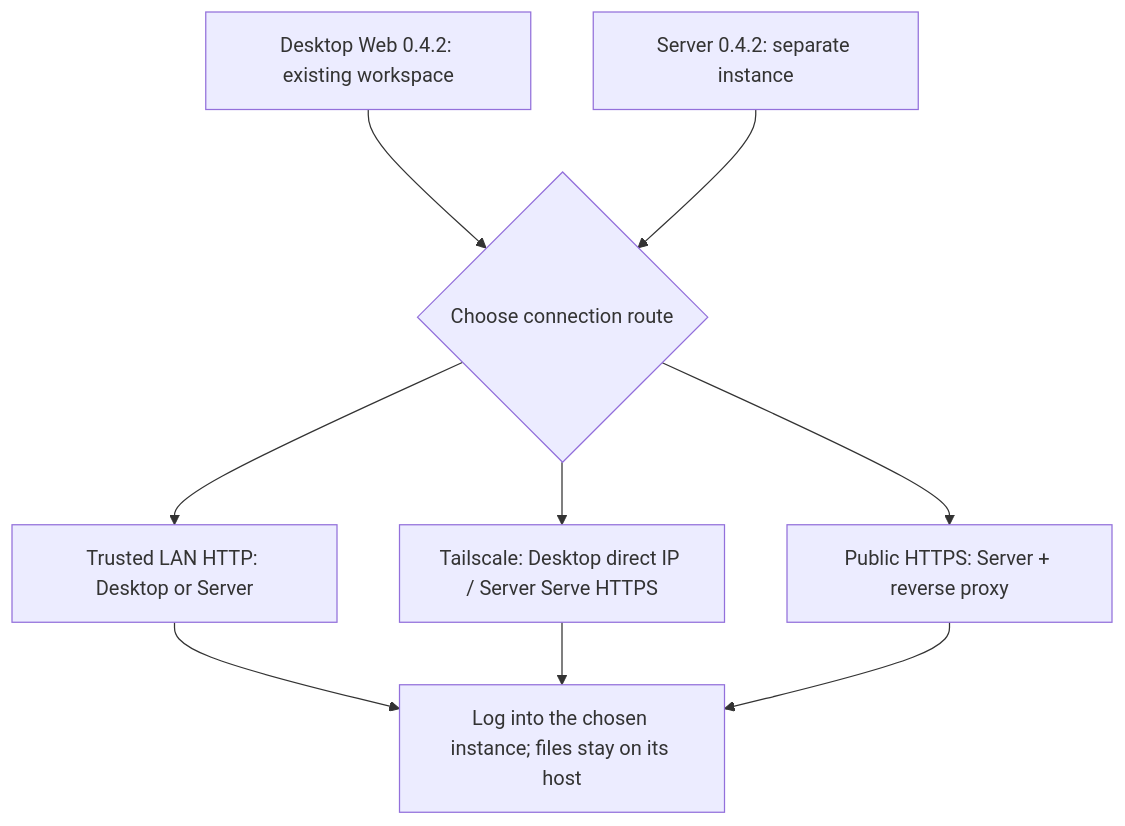
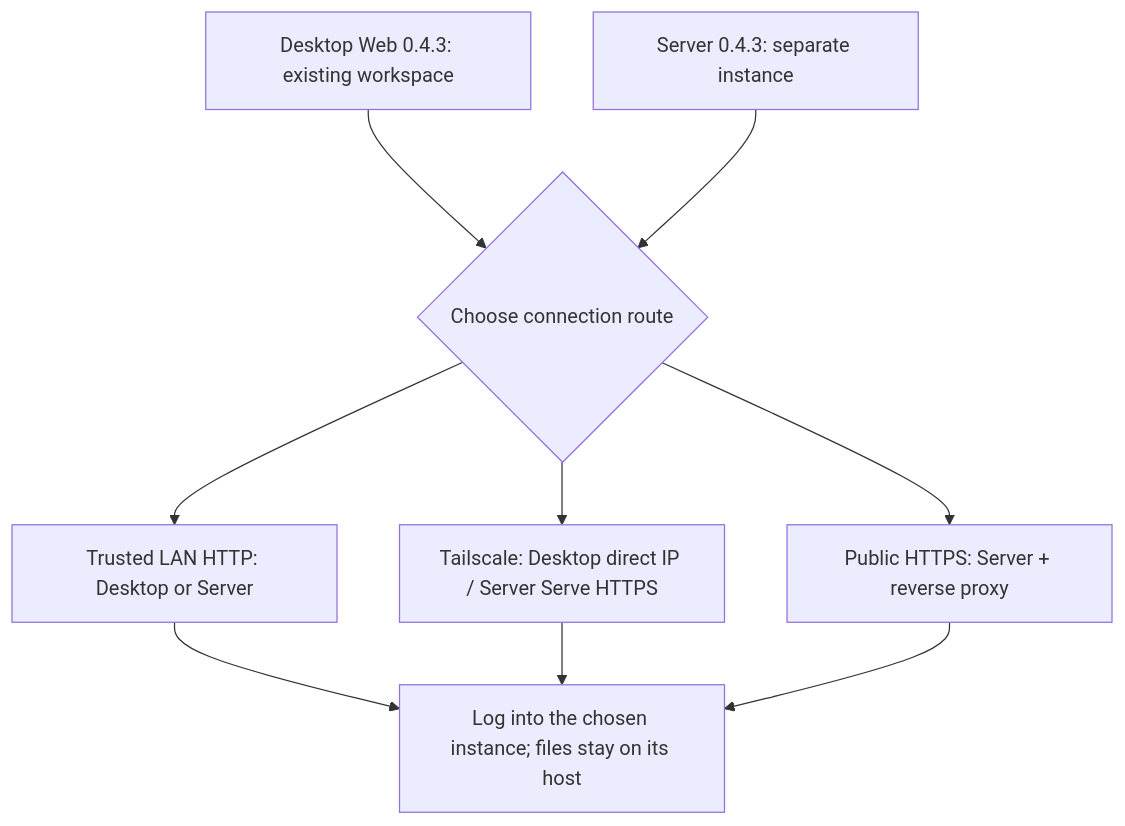
Before and after one commit to 1443205008/rovai-ai: the diagram in website/site/public/assets/diagrams/deployment-choice-en.mmd, drawn with Mermaid. The commit also changed 11 other files, not shown here.

```diff
--- a/website/site/public/assets/diagrams/deployment-choice-en.mmd
+++ b/website/site/public/assets/diagrams/deployment-choice-en.mmd
@@ -1,12 +1,12 @@
 flowchart TB
-  desktop["Desktop Web 0.4.2: existing workspace"]
-  server["Server 0.4.2: separate instance"]
+  desktop["Desktop Web 0.4.3: existing workspace"]
+  server["Server 0.4.3: separate instance"]
   choice{"Choose connection route"}
   desktop --> choice
   server --> choice
   choice --> lan["Trusted LAN HTTP: Desktop or Server"]
   choice --> ts["Tailscale: Desktop direct IP / Server Serve HTTPS"]
   choice --> public["Public HTTPS: Server + reverse proxy"]
   lan --> login["Log into the chosen instance; files stay on its host"]
   ts --> login
   public --> login
```
